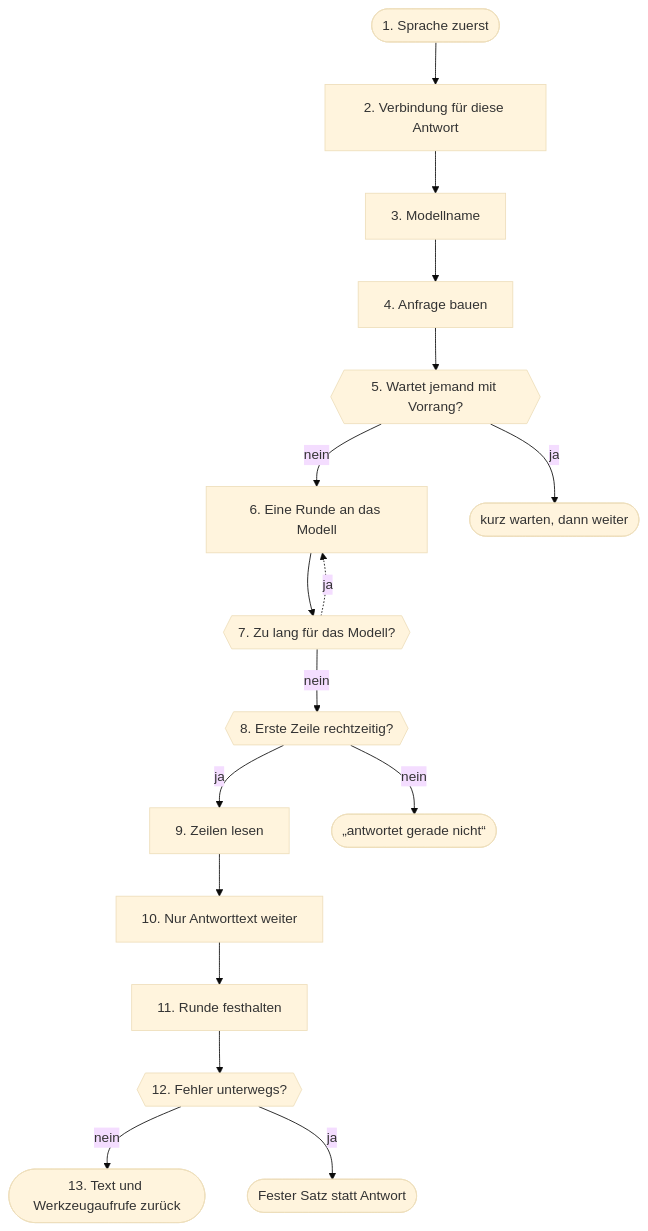
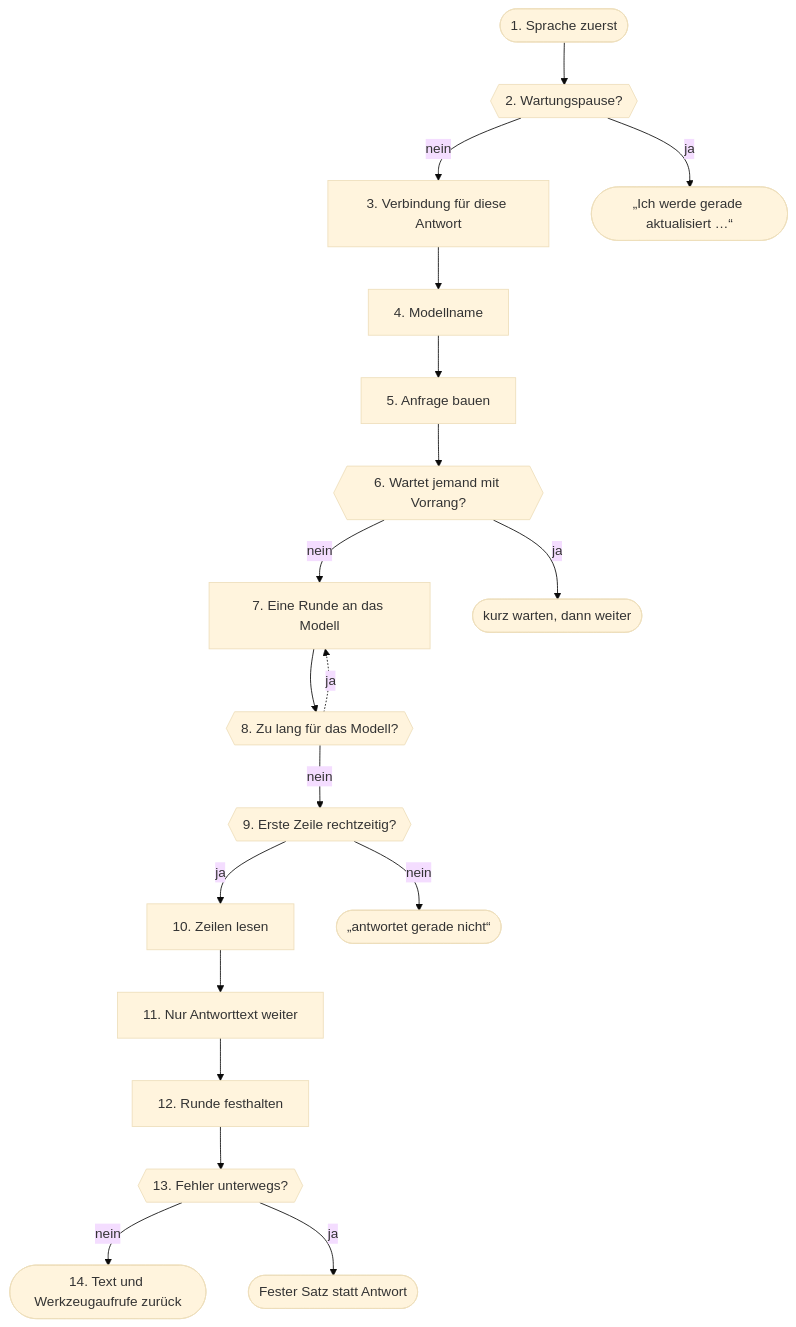
One commit to db9979/speech-on-dgx-spark changed diagram 16 of 23 in docs/de/architektur.md. Above: the diagram before and after it, drawn with Mermaid (base theme). The commit also changed other lines of this file and 47 other files, not shown here.

First line of the commit message:
V01.0.548 Wartungspause für Sprachmodell, Spracherkennung und Sprachausgabe

````diff
--- a/docs/de/architektur.md
+++ b/docs/de/architektur.md
@@ -2090,35 +2093,39 @@
 ```mermaid
 flowchart TD
   s1(["1. Sprache zuerst"])
-  s2["2. Verbindung für diese Antwort"]
-  s3["3. Modellname"]
-  s4["4. Anfrage bauen"]
-  s5{{"5. Wartet jemand mit Vorrang?"}}
-  s6["6. Eine Runde an das Modell"]
-  s7{{"7. Zu lang für das Modell?"}}
-  s8{{"8. Erste Zeile rechtzeitig?"}}
-  s9["9. Zeilen lesen"]
-  s10["10. Nur Antworttext weiter"]
-  s11["11. Runde festhalten"]
-  s12{{"12. Fehler unterwegs?"}}
-  s13(["13. Text und Werkzeugaufrufe zurück"])
-  s1 --> s2
+  s1w{{"2. Wartungspause?"}}
+  s2["3. Verbindung für diese Antwort"]
+  s3["4. Modellname"]
+  s4["5. Anfrage bauen"]
+  s5{{"6. Wartet jemand mit Vorrang?"}}
+  s6["7. Eine Runde an das Modell"]
+  s7{{"8. Zu lang für das Modell?"}}
+  s8{{"9. Erste Zeile rechtzeitig?"}}
+  s9["10. Zeilen lesen"]
+  s10["11. Nur Antworttext weiter"]
+  s11["12. Runde festhalten"]
+  s12{{"13. Fehler unterwegs?"}}
+  s13(["14. Text und Werkzeugaufrufe zurück"])
+  s1 --> s1w
+  s1w -->|nein| s2
   s2 --> s3
   s3 --> s4
   s4 --> s5
   s5 -->|nein| s6
   s6 --> s7
   s7 -->|nein| s8
   s8 -->|ja| s9
   s9 --> s10
   s10 --> s11
   s11 --> s12
   s12 -->|nein| s13
+  s1wx(["„Ich werde gerade aktualisiert …“"])
+  s1w -->|ja| s1wx
   s5x(["kurz warten, dann weiter"])
   s5 -->|ja| s5x
   s7 -.->|ja| s6
   s8x(["„antwortet gerade nicht“"])
   s8 -->|nein| s8x
   s12x(["Fester Satz statt Antwort"])
   s12 -->|ja| s12x
 ```
````
